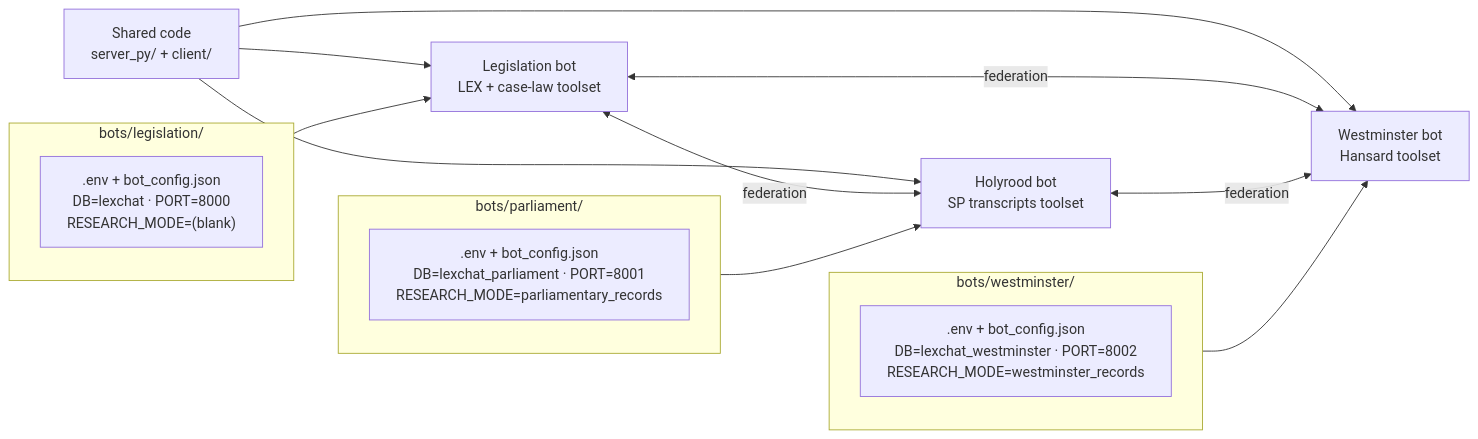
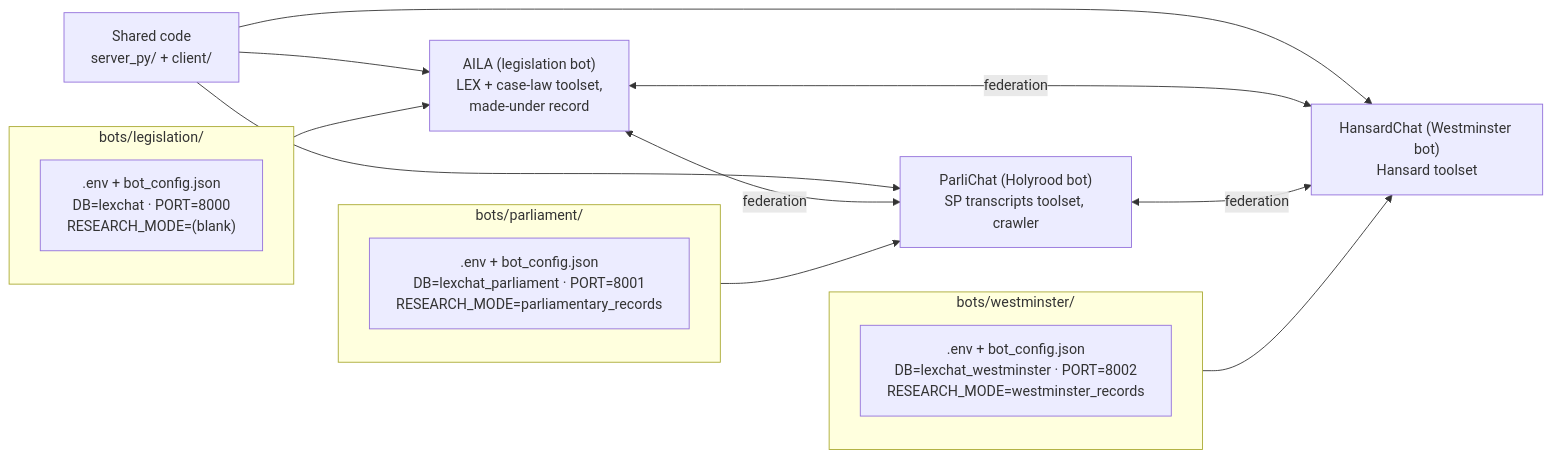
One commit to delphium226/LexChat changed the third of 15 diagrams in docs/ARCHITECTURE.md. Above: the diagram before and after it, drawn with Mermaid. The commit also changed other lines of this file and 18 other files, not shown here.

````diff
--- a/docs/ARCHITECTURE.md
+++ b/docs/ARCHITECTURE.md
@@ -201,24 +238,24 @@
 ```mermaid
 graph LR
     code["Shared code<br/>server_py/ + client/"]
 
     subgraph cfgL["bots/legislation/"]
         eL[".env + bot_config.json<br/>DB=lexchat · PORT=8000<br/>RESEARCH_MODE=(blank)"]
     end
     subgraph cfgP["bots/parliament/"]
         eP[".env + bot_config.json<br/>DB=lexchat_parliament · PORT=8001<br/>RESEARCH_MODE=parliamentary_records"]
     end
     subgraph cfgW["bots/westminster/"]
         eW[".env + bot_config.json<br/>DB=lexchat_westminster · PORT=8002<br/>RESEARCH_MODE=westminster_records"]
     end
 
-    code --> procL["Legislation bot<br/>LEX + case-law toolset"]
-    code --> procP["Holyrood bot<br/>SP transcripts toolset"]
-    code --> procW["Westminster bot<br/>Hansard toolset"]
+    code --> procL["AILA (legislation bot)<br/>LEX + case-law toolset,<br/>made-under record"]
+    code --> procP["ParliChat (Holyrood bot)<br/>SP transcripts toolset, crawler"]
+    code --> procW["HansardChat (Westminster bot)<br/>Hansard toolset"]
     cfgL --> procL
     cfgP --> procP
     cfgW --> procW
     procL <-->|federation| procP
     procL <-->|federation| procW
     procP <-->|federation| procW
 ```
````
